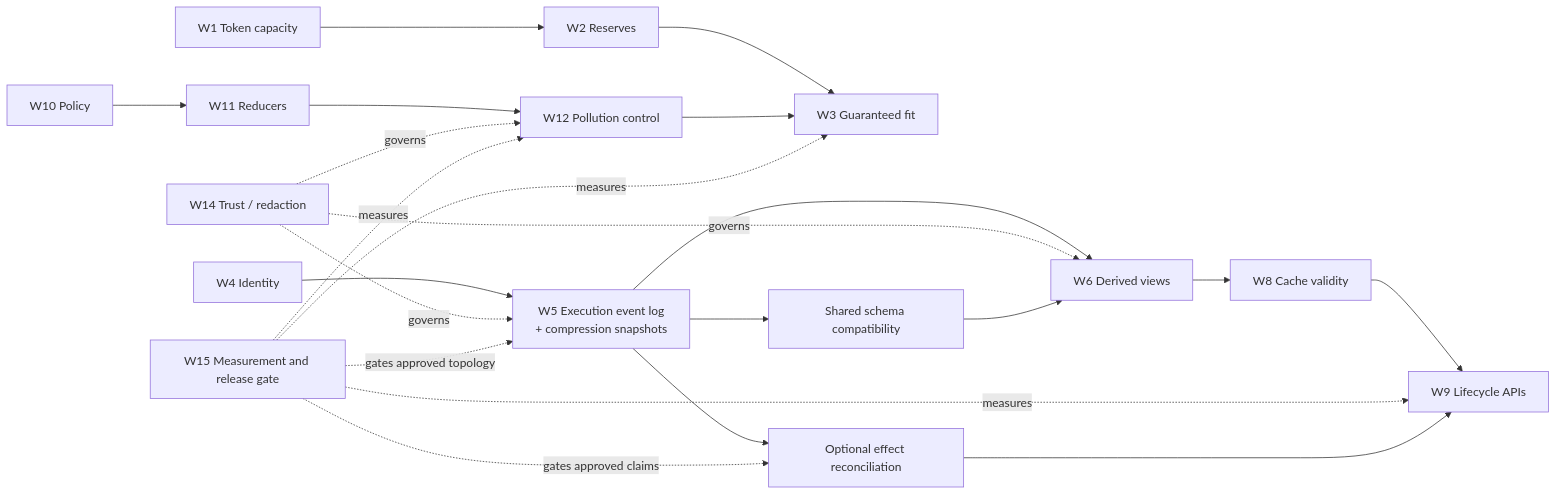
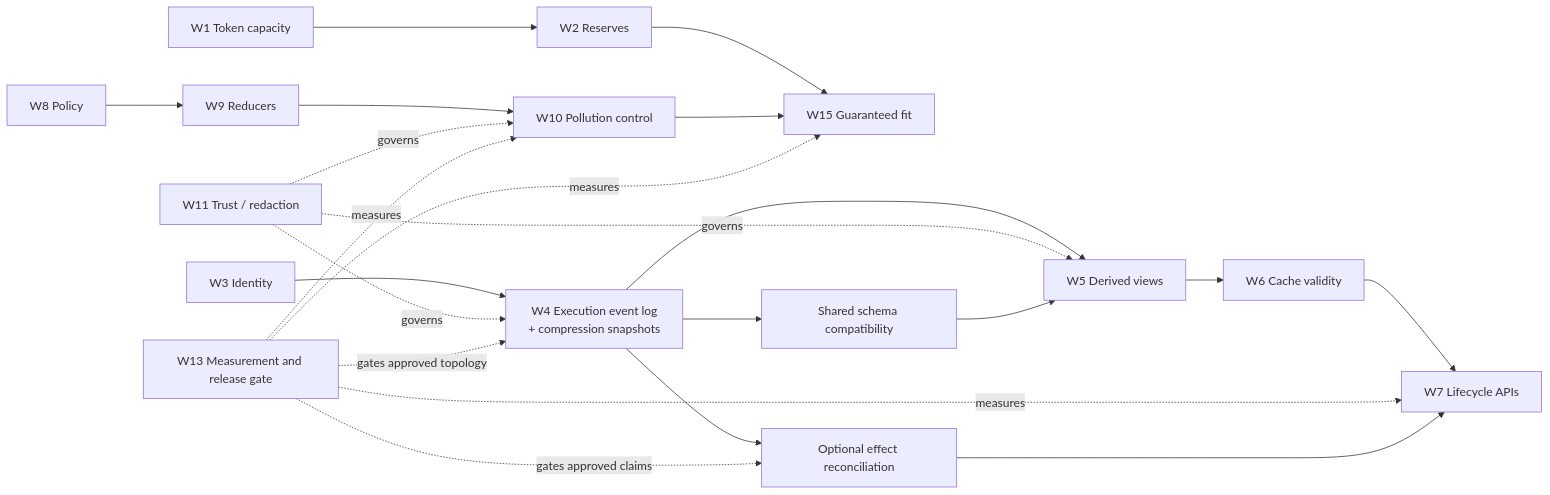
Before and after one commit to ModelEngine-Group/nexent: the sixth of 6 diagrams in doc/working/context-management-workstreams/context-management-production-plan.md, drawn with Mermaid. The commit also changed other lines of this file and 16 other files, not shown here.

First line of the commit message:
docs: renumber W-IDs to match new development sequence

````diff
--- a/doc/working/context-management-workstreams/context-management-production-plan.md
+++ b/doc/working/context-management-workstreams/context-management-production-plan.md
@@ -1185,17 +1185,17 @@
 ```mermaid
 flowchart LR
-    W1["W1 Token capacity"] --> W2["W2 Reserves"] --> W3["W3 Guaranteed fit"]
-    W5["W5 Execution event log<br/>+ compression snapshots"] --> W6["W6 Derived views"] --> W8["W8 Cache validity"] --> W9["W9 Lifecycle APIs"]
-    W4["W4 Identity"] --> W5
-    W10["W10 Policy"] --> W11["W11 Reducers"] --> W12["W12 Pollution control"] --> W3
-    W14["W14 Trust / redaction"] -. governs .-> W12
-    W14 -. governs .-> W5
-    W14 -. governs .-> W6
-    W15["W15 Measurement and release gate"] -. measures .-> W3
-    W15 -. measures .-> W9
-    W15 -. measures .-> W12
-    W5 --> C1["Optional effect reconciliation"] --> W9
-    W5 --> C2["Shared schema compatibility"] --> W6
-    W15 -. gates approved claims .-> C1
-    W15 -. gates approved topology .-> W5
+    W1["W1 Token capacity"] --> W2["W2 Reserves"] --> W15["W15 Guaranteed fit"]
+    W4["W4 Execution event log<br/>+ compression snapshots"] --> W5["W5 Derived views"] --> W6["W6 Cache validity"] --> W7["W7 Lifecycle APIs"]
+    W3["W3 Identity"] --> W4
+    W8["W8 Policy"] --> W9["W9 Reducers"] --> W10["W10 Pollution control"] --> W15
+    W11["W11 Trust / redaction"] -. governs .-> W10
+    W11 -. governs .-> W4
+    W11 -. governs .-> W5
+    W13["W13 Measurement and release gate"] -. measures .-> W15
+    W13 -. measures .-> W7
+    W13 -. measures .-> W10
+    W4 --> C1["Optional effect reconciliation"] --> W7
+    W4 --> C2["Shared schema compatibility"] --> W5
+    W13 -. gates approved claims .-> C1
+    W13 -. gates approved topology .-> W4
 ```
````
